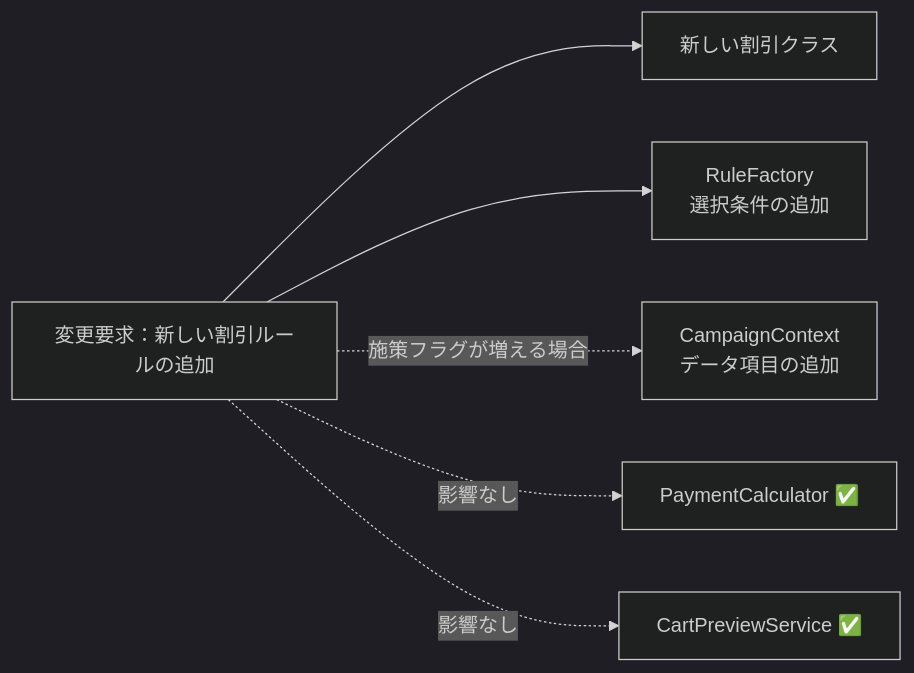
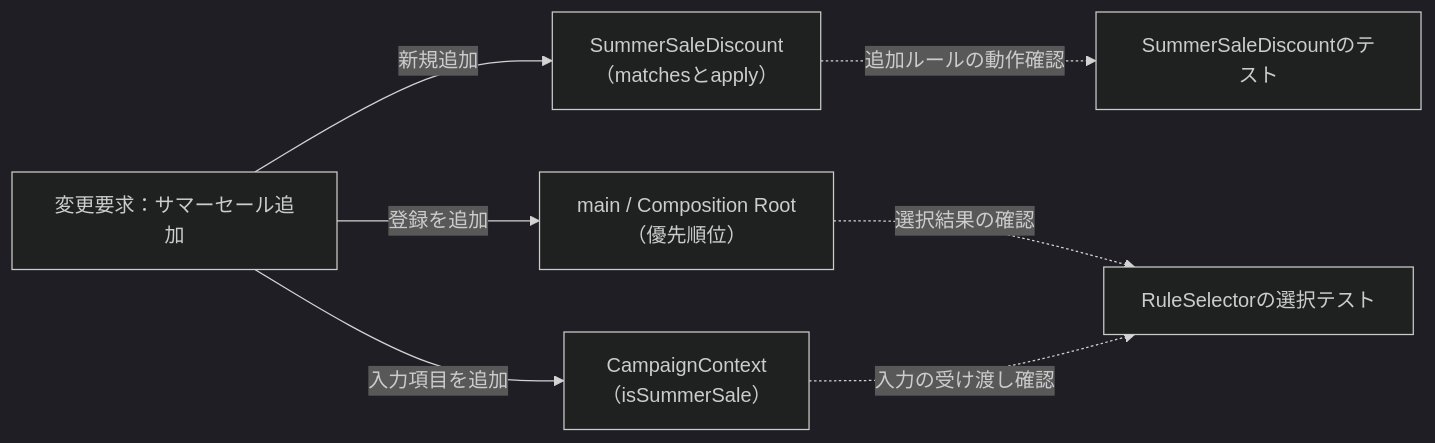
One commit to kumachan1101-pixel/DesignPattern changed the tenth of 12 diagrams in kindle/design-patterns/output/chapter01.md. Above: the diagram before and after it, drawn with Mermaid (dark theme). The commit also changed other lines of this file and 1 other file, not shown here.

````diff
--- a/kindle/design-patterns/output/chapter01.md
+++ b/kindle/design-patterns/output/chapter01.md
@@ -1821,8 +2146,10 @@
 ```mermaid
 graph LR
-    T1["変更要求：新しい割引ルールの追加"] --> F1["新しい割引クラス"]
-    T1 --> F2["RuleFactory<br>選択条件の追加"]
-    T1 -. "施策フラグが増える場合" .-> F3["CampaignContext<br>データ項目の追加"]
-    T1 -. "影響なし" .-> A["PaymentCalculator ✅"]
-    T1 -. "影響なし" .-> B["CartPreviewService ✅"]
+    T1["変更要求：サマーセール追加"]
+        -->|新規追加| F1["SummerSaleDiscount<br>（matchesとapply）"]
+    T1 -->|登録を追加| F2["main / Composition Root<br>（優先順位）"]
+    T1 -->|入力項目を追加| F3["CampaignContext<br>（isSummerSale）"]
+    F1 -.->|追加ルールの動作確認| T2["SummerSaleDiscountのテスト"]
+    F2 -.->|選択結果の確認| T3["RuleSelectorの選択テスト"]
+    F3 -.->|入力の受け渡し確認| T3
 ```
````
